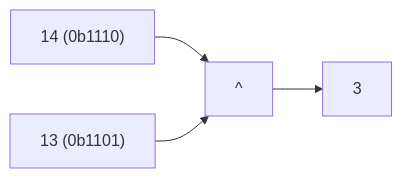
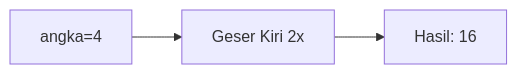
One commit to amnahwaida/OSNK_INF_PREP changed the eighth of 25 diagrams in part-c-pemahaman-cpp/06-bitwise/latihan/set-11.md. Above: the diagram before and after it, drawn with Mermaid. The commit also changed other lines of this file and 71 other files, not shown here.

````diff
--- a/part-c-pemahaman-cpp/06-bitwise/latihan/set-11.md
+++ b/part-c-pemahaman-cpp/06-bitwise/latihan/set-11.md
@@ -207,6 +215,5 @@
 ```mermaid
 graph LR
-A["14 (0b1110)"] --> C["^"]
-B["13 (0b1101)"] --> C
-C --> D["3"]
+A["angka=4"] --> B["Geser Kiri 2x"]
+B --> C["Hasil: 16"]
 ```
````
